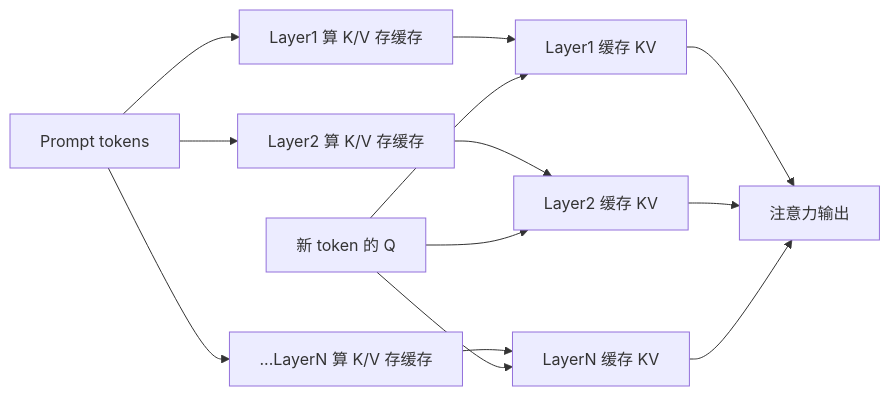
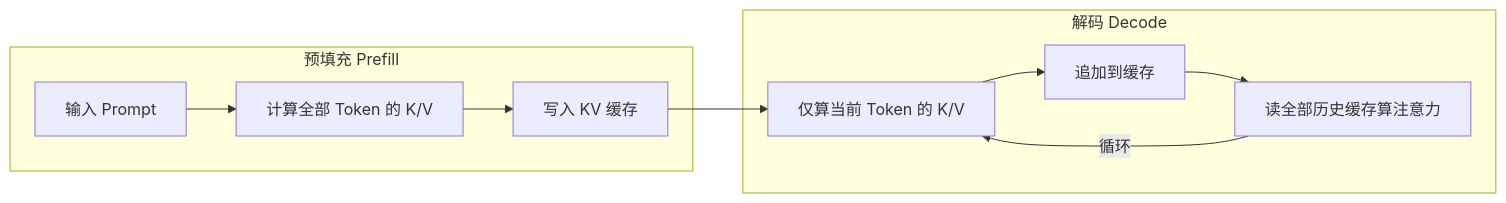
One commit to Topskys/llm-wiki changed the diagram in wiki/concepts/KV Cache.md. Above: the diagram before and after it, drawn with Mermaid. The commit also changed other lines of this file and 17 other files, not shown here.

````diff
--- a/wiki/concepts/KV Cache.md
+++ b/wiki/concepts/KV Cache.md
@@ -18,15 +18,13 @@
 ```mermaid
 flowchart LR
-    P[Prompt tokens] --> A1[Layer1 算 K/V 存缓存]
-    P --> A2[Layer2 算 K/V 存缓存]
-    P --> AN["...LayerN 算 K/V 存缓存"]
-    A1 --> C1[Layer1 缓存 KV]
-    A2 --> C2[Layer2 缓存 KV]
-    AN --> CN[LayerN 缓存 KV]
-    Q[新 token 的 Q] --> C1
-    Q --> C2
-    Q --> CN
-    C1 --> O[注意力输出]
-    C2 --> O
-    CN --> O
+    subgraph PREFILL["预填充 Prefill"]
+        A[输入 Prompt] --> B[计算全部 Token 的 K/V]
+        B --> C[写入 KV 缓存]
+    end
+    subgraph DECODE["解码 Decode"]
+        D[仅算当前 Token 的 K/V] --> E[追加到缓存]
+        E --> F[读全部历史缓存算注意力]
+        F -->|循环| D
+    end
+    C --> D
 ```
````
